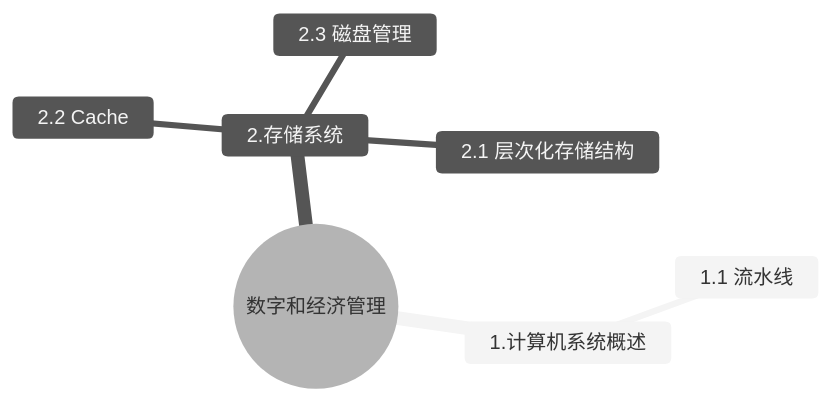
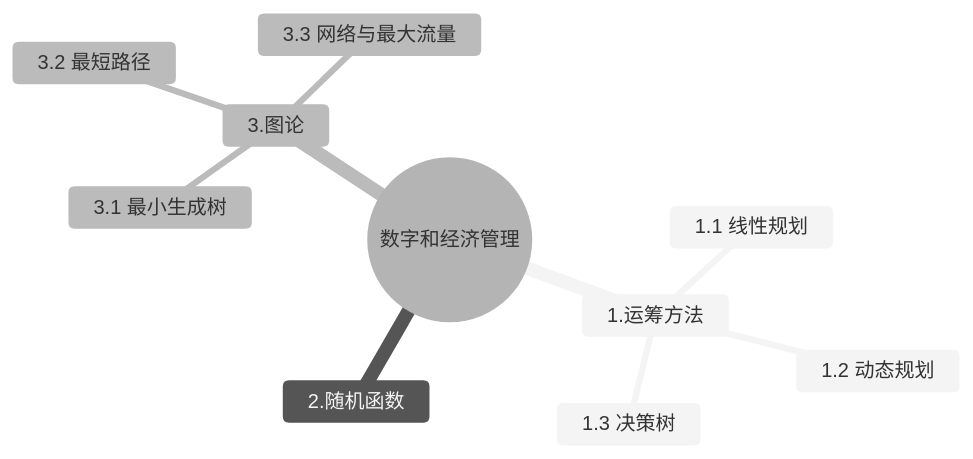
Before and after one commit to AaronYang0628/docs: the diagram in content/RuanKao/notes/Financial_Mangement.md, drawn with Mermaid (neutral theme). The commit also changed 7 other files, not shown here.

````diff
--- a/content/RuanKao/notes/Financial_Mangement.md
+++ b/content/RuanKao/notes/Financial_Mangement.md
@@ -7,10 +7,14 @@
 ```mermaid
 mindmap
   root((数字和经济管理))
-    1.计算机系统概述
-        1.1 流水线
-    2.存储系统
-        2.1 层次化存储结构
-        2.2 Cache
-        2.3 磁盘管理
+    1.运筹方法
+        1.1 线性规划
+        1.2 动态规划
+        1.3 决策树
+    2.随机函数
+    3.图论
+      3.1 最小生成树
+      3.2 最短路径
+      3.3 网络与最大流量
+
 ```
````
